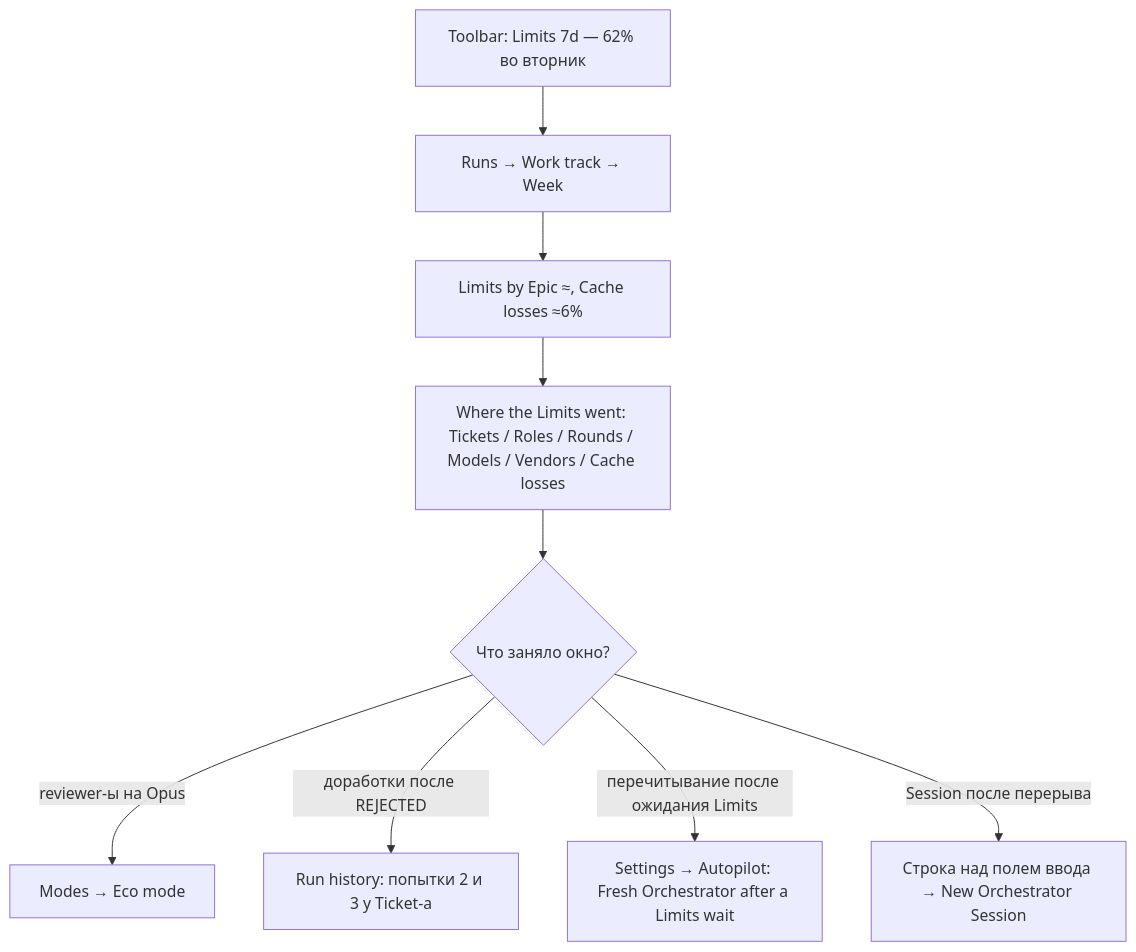
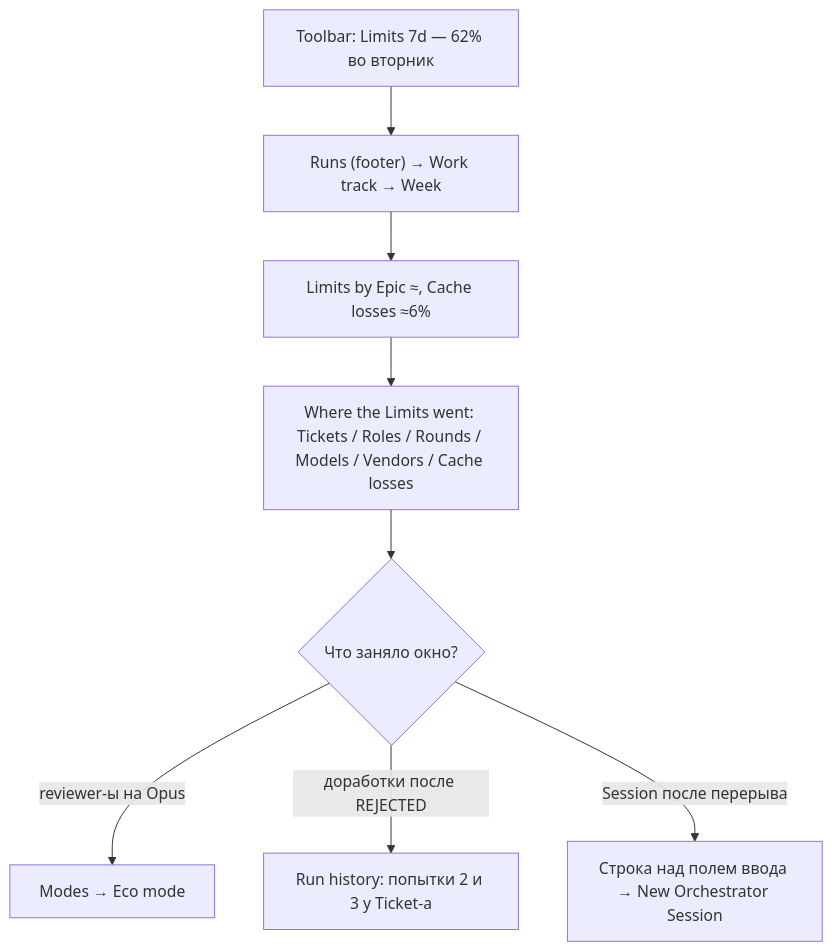
Before and after one commit to IDSAD-XL/worfy: the diagram in .scratch/worfy-limits-ledger/spec.md, drawn with Mermaid. The commit also changed other lines of this file and 14 other files, not shown here.

````diff
--- a/.scratch/worfy-limits-ledger/spec.md
+++ b/.scratch/worfy-limits-ledger/spec.md
@@ -119,11 +148,10 @@
 ```mermaid
 flowchart TD
-  A["Toolbar: Limits 7d — 62% во вторник"] --> B["Runs → Work track → Week"]
+  A["Toolbar: Limits 7d — 62% во вторник"] --> B["Runs (footer) → Work track → Week"]
   B --> C["Limits by Epic ≈, Cache losses ≈6%"]
   C --> D["Where the Limits went: Tickets / Roles / Rounds / Models / Vendors / Cache losses"]
   D --> E{"Что заняло окно?"}
   E -->|"reviewer-ы на Opus"| F["Modes → Eco mode"]
   E -->|"доработки после REJECTED"| G["Run history: попытки 2 и 3 у Ticket-а"]
-  E -->|"перечитывание после ожидания Limits"| H["Settings → Autopilot: Fresh Orchestrator after a Limits wait"]
   E -->|"Session после перерыва"| I["Строка над полем ввода → New Orchestrator Session"]
 ```
````
